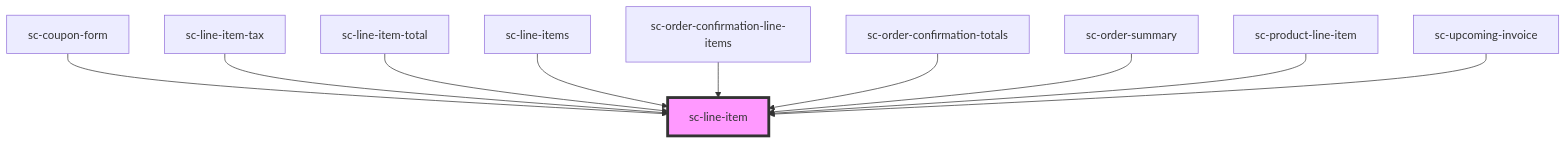
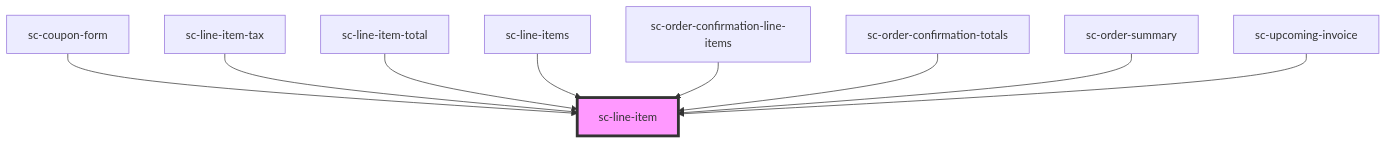
One commit to surecart/surecart-wp-plugin changed the diagram in packages/components/src/components/ui/line-item/readme.md. Above: the diagram before and after it, drawn with Mermaid. The commit also changed other lines of this file and 88 other files, not shown here.

````diff
--- a/packages/components/src/components/ui/line-item/readme.md
+++ b/packages/components/src/components/ui/line-item/readme.md
@@ -53,13 +52,12 @@
 ```mermaid
 graph TD;
   sc-coupon-form --> sc-line-item
   sc-line-item-tax --> sc-line-item
   sc-line-item-total --> sc-line-item
   sc-line-items --> sc-line-item
   sc-order-confirmation-line-items --> sc-line-item
   sc-order-confirmation-totals --> sc-line-item
   sc-order-summary --> sc-line-item
-  sc-product-line-item --> sc-line-item
   sc-upcoming-invoice --> sc-line-item
   style sc-line-item fill:#f9f,stroke:#333,stroke-width:4px
 ```
````
